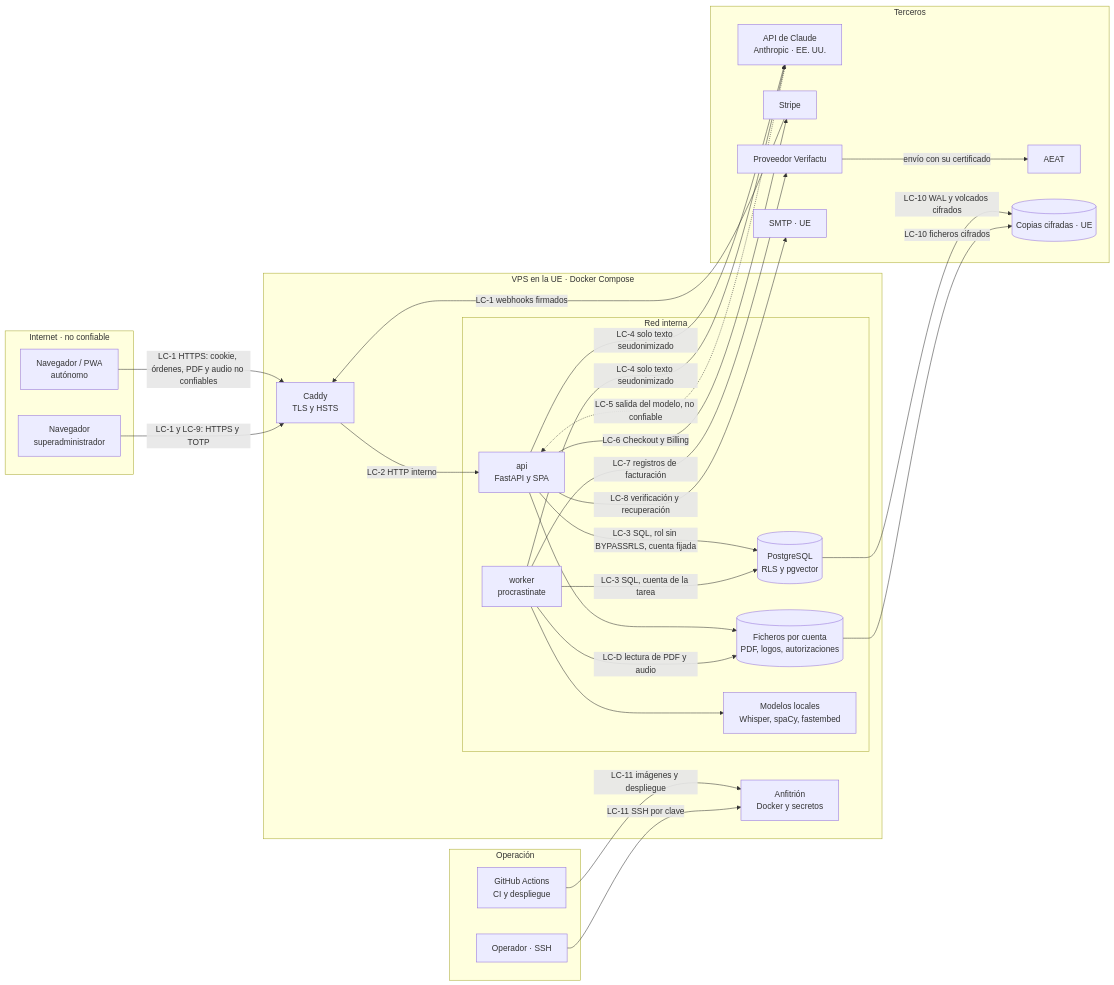
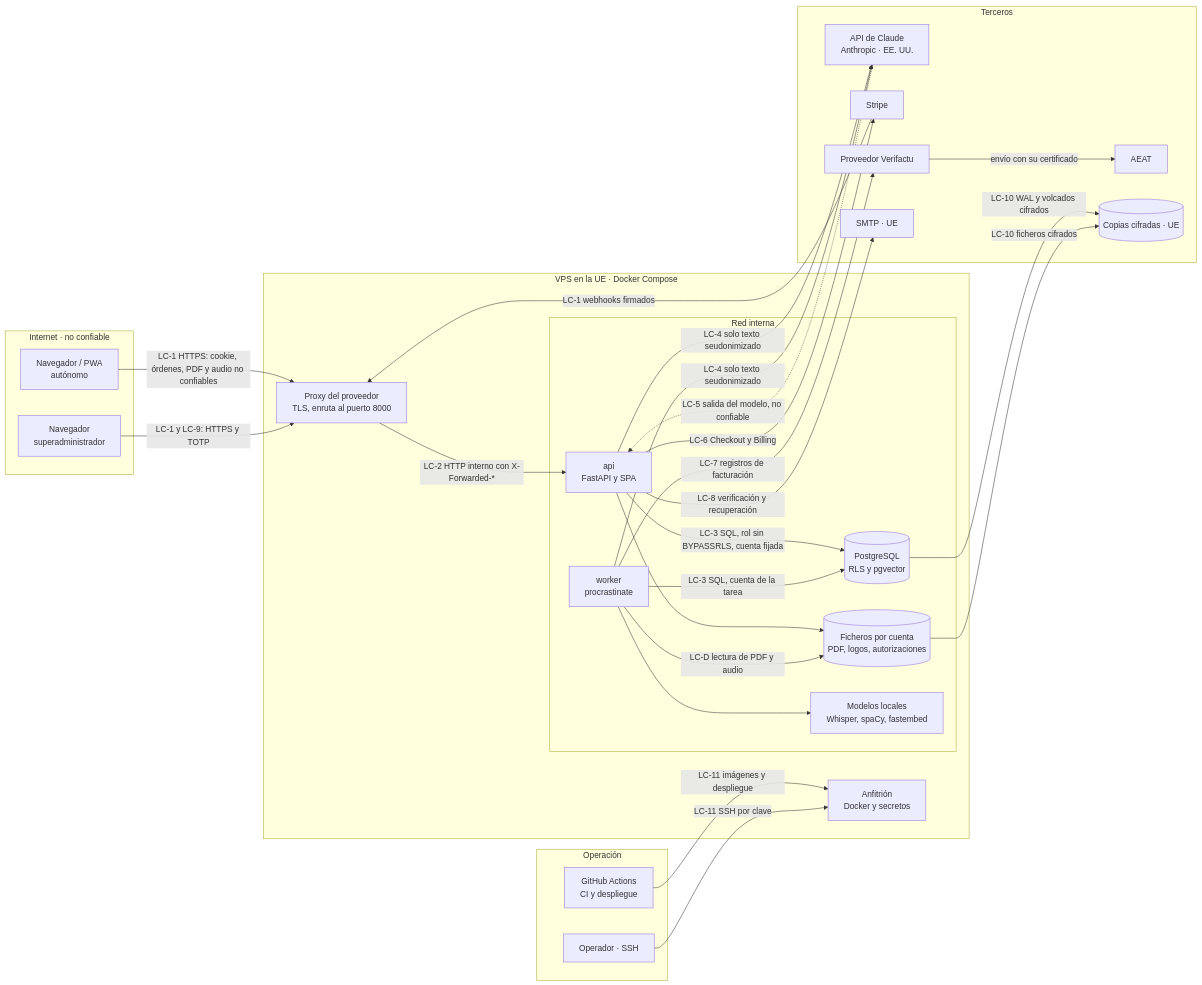
The diagram in docs/03-modelo-amenazas.md (BorjaPeonSaiz/Kapataz), drawn with Mermaid before and after one commit. The commit also changed other lines of this file and 197 other files, not shown here.

````diff
--- a/docs/03-modelo-amenazas.md
+++ b/docs/03-modelo-amenazas.md
@@ -101,54 +101,54 @@
 ```mermaid
 flowchart LR
   subgraph INT["Internet · no confiable"]
     U["Navegador / PWA<br/>autónomo"]
     SA["Navegador<br/>superadministrador"]
   end
 
   subgraph VPS["VPS en la UE · Docker Compose"]
-    C["Caddy<br/>TLS y HSTS"]
+    C["Proxy del proveedor<br/>TLS, enruta al puerto 8000"]
     HOST["Anfitrión<br/>Docker y secretos"]
     subgraph RED["Red interna"]
       API["api<br/>FastAPI y SPA"]
       W["worker<br/>procrastinate"]
       DB[("PostgreSQL<br/>RLS y pgvector")]
       FS[("Ficheros por cuenta<br/>PDF, logos, autorizaciones")]
       ML["Modelos locales<br/>Whisper, spaCy, fastembed"]
     end
   end
 
   subgraph EXT["Terceros"]
     ANT["API de Claude<br/>Anthropic · EE. UU."]
     STR["Stripe"]
     VF["Proveedor Verifactu"]
     AEAT["AEAT"]
     SMTP["SMTP · UE"]
     BK[("Copias cifradas · UE")]
   end
 
   subgraph OPS["Operación"]
     GH["GitHub Actions<br/>CI y despliegue"]
     OP["Operador · SSH"]
   end
 
   U -->|"LC-1 HTTPS: cookie, órdenes, PDF y audio no confiables"| C
   SA -->|"LC-1 y LC-9: HTTPS y TOTP"| C
   STR -->|"LC-1 webhooks firmados"| C
-  C -->|"LC-2 HTTP interno"| API
+  C -->|"LC-2 HTTP interno con X-Forwarded-*"| API
   API -->|"LC-3 SQL, rol sin BYPASSRLS, cuenta fijada"| DB
   W -->|"LC-3 SQL, cuenta de la tarea"| DB
   API --> FS
   W -->|"LC-D lectura de PDF y audio"| FS
   W --> ML
   API -->|"LC-4 solo texto seudonimizado"| ANT
   W -->|"LC-4 solo texto seudonimizado"| ANT
   ANT -.->|"LC-5 salida del modelo, no confiable"| API
   API -->|"LC-6 Checkout y Billing"| STR
   W -->|"LC-7 registros de facturación"| VF
   VF -->|"envío con su certificado"| AEAT
   API -->|"LC-8 verificación y recuperación"| SMTP
   DB -->|"LC-10 WAL y volcados cifrados"| BK
   FS -->|"LC-10 ficheros cifrados"| BK
   GH -->|"LC-11 imágenes y despliegue"| HOST
   OP -->|"LC-11 SSH por clave"| HOST
 ```
````
